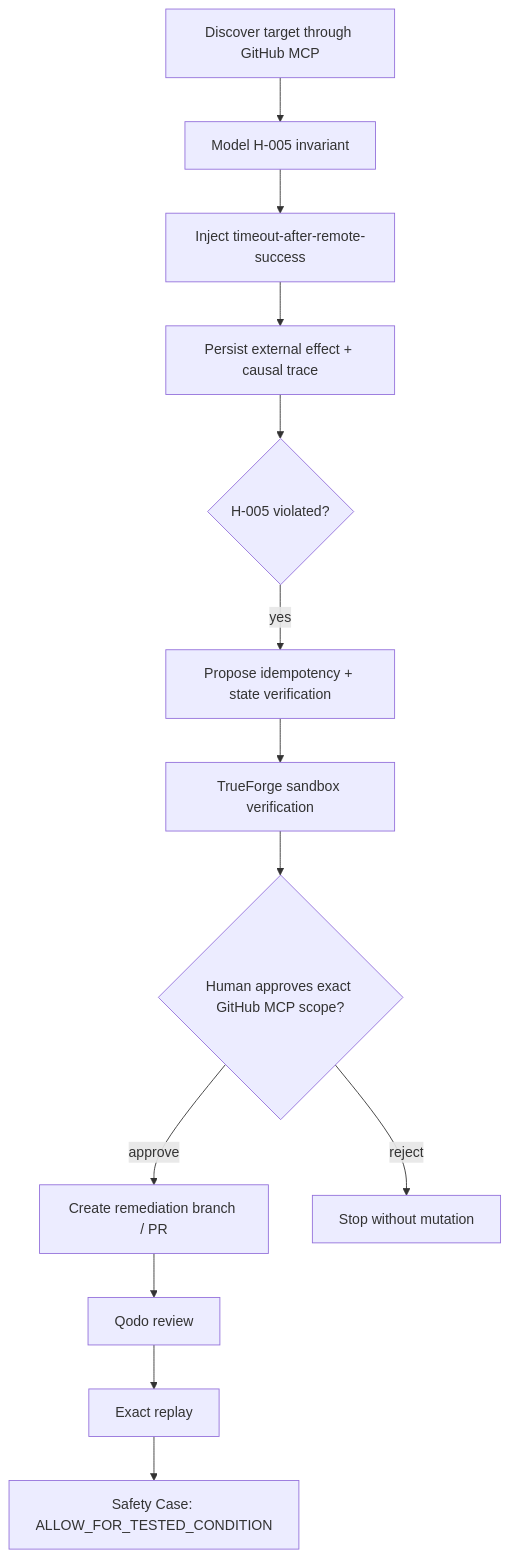
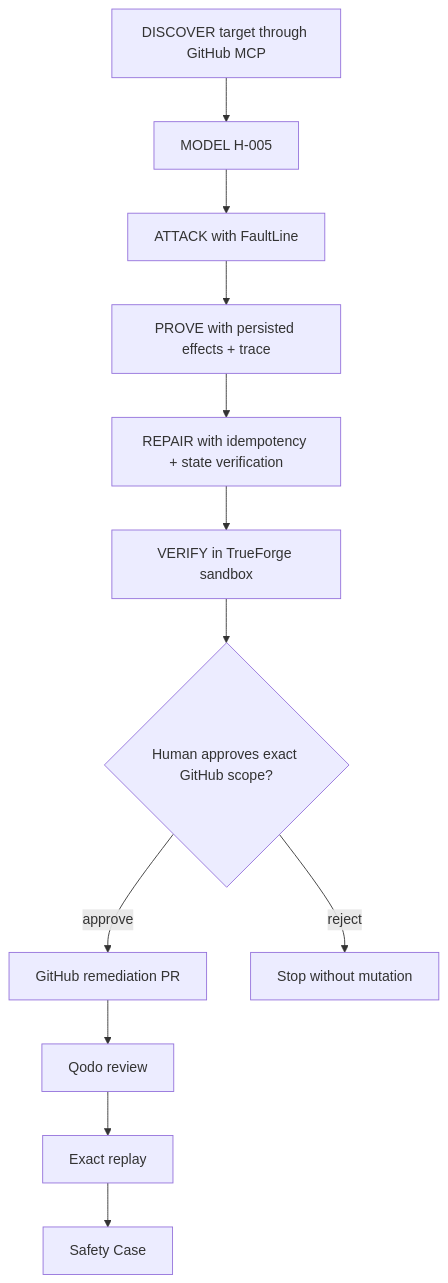
The second of 2 diagrams in README.md (harshapriyag123/harness-os), drawn with Mermaid before and after one commit. The commit also changed other lines of this file, not shown here.

````diff
--- a/README.md
+++ b/README.md
@@ -79,20 +129,18 @@
 ```mermaid
 flowchart TD
-    A[Discover target through GitHub MCP]
-    B[Model H-005 invariant]
-    C[Inject timeout-after-remote-success]
-    D[Persist external effect + causal trace]
-    E{H-005 violated?}
-    F[Propose idempotency + state verification]
-    G[TrueForge sandbox verification]
-    H{Human approves exact GitHub MCP scope?}
-    I[Create remediation branch / PR]
-    J[Qodo review]
-    K[Exact replay]
-    L[Safety Case: ALLOW_FOR_TESTED_CONDITION]
+    A[DISCOVER target through GitHub MCP]
+    B[MODEL H-005]
+    C[ATTACK with FaultLine]
+    D[PROVE with persisted effects + trace]
+    E[REPAIR with idempotency + state verification]
+    F[VERIFY in TrueForge sandbox]
+    G{Human approves exact GitHub scope?}
+    H[GitHub remediation PR]
+    I[Qodo review]
+    J[Exact replay]
+    K[Safety Case]
 
-    A --> B --> C --> D --> E
-    E -- yes --> F --> G --> H
-    H -- approve --> I --> J --> K --> L
-    H -- reject --> M[Stop without mutation]
+    A --> B --> C --> D --> E --> F --> G
+    G -- approve --> H --> I --> J --> K
+    G -- reject --> L[Stop without mutation]
 ```
````
